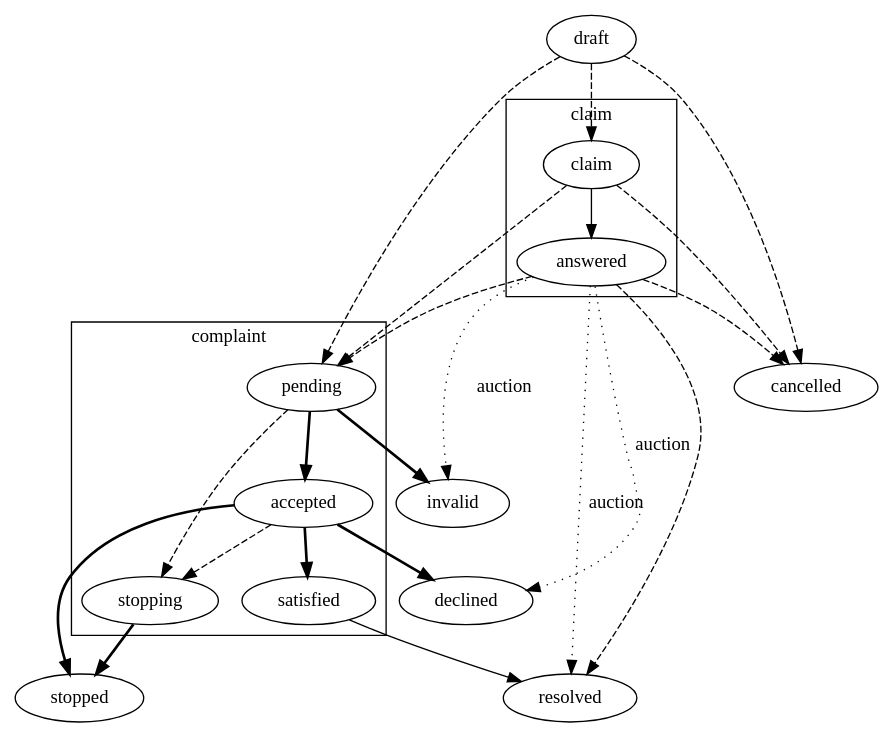
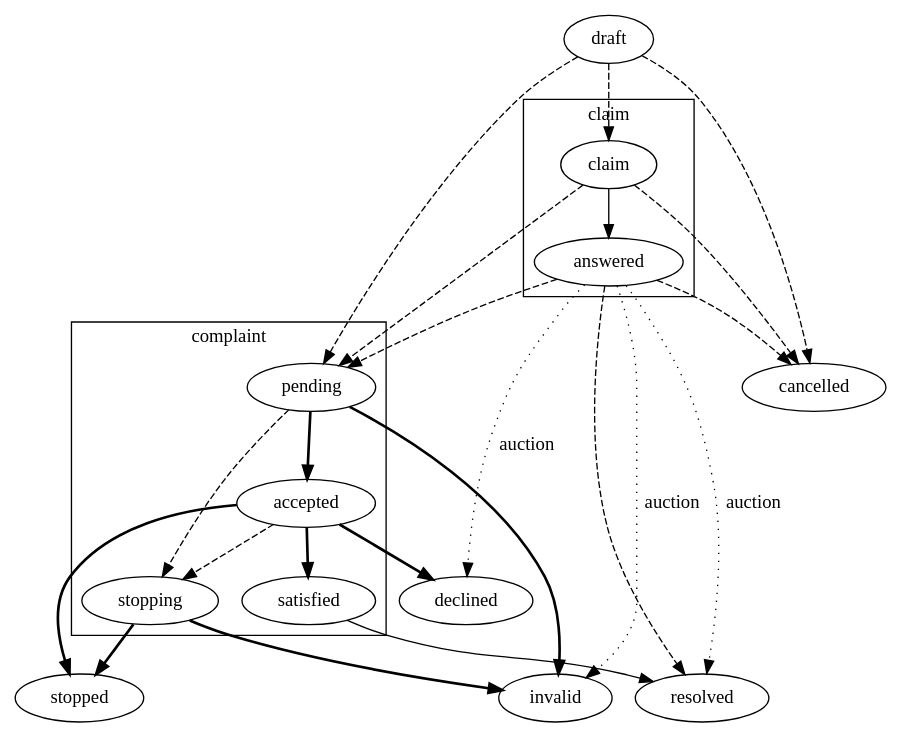
The first of 2 diagrams in docs/source/complaints.rst (ProzorroUKR/openprocurement.api), drawn with Graphviz before and after one commit. The commit also changed other lines of this file and 2 other files, not shown here.

Commit message:
Added stopping2invalid

```diff
--- a/docs/source/complaints.rst
+++ b/docs/source/complaints.rst
@@ -18,27 +18,27 @@
 .. graphviz::
 
     digraph G {
         subgraph cluster_claim {
             label = "claim";
             claim; answered;
         }
         subgraph cluster_complaint {
             label = "complaint";
             pending; satisfied; accepted; stopping;
         }
         claim -> answered;
         satisfied -> resolved;
         edge[style=dashed];
         answered -> {pending,resolved};
         draft -> {claim,pending};
         claim -> pending;
         {draft,claim,answered} -> cancelled;
         pending -> stopping;
         accepted -> stopping;
         edge[style=bold];
+        accepted -> {declined,satisfied,stopped};
         pending -> {accepted,invalid};
-        accepted -> {declined,satisfied,stopped};
-        stopping -> stopped;
+        stopping -> {stopped,invalid};
         edge[label="auction" style=dotted];
         answered -> {invalid,declined,resolved};
     }
```
